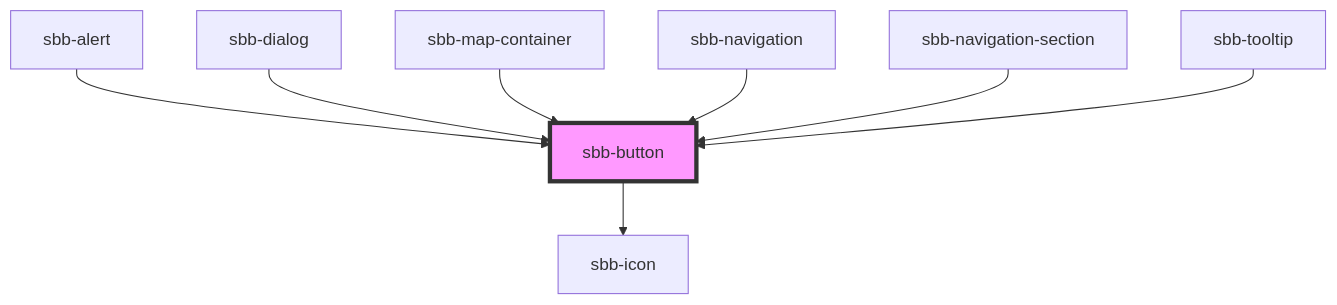
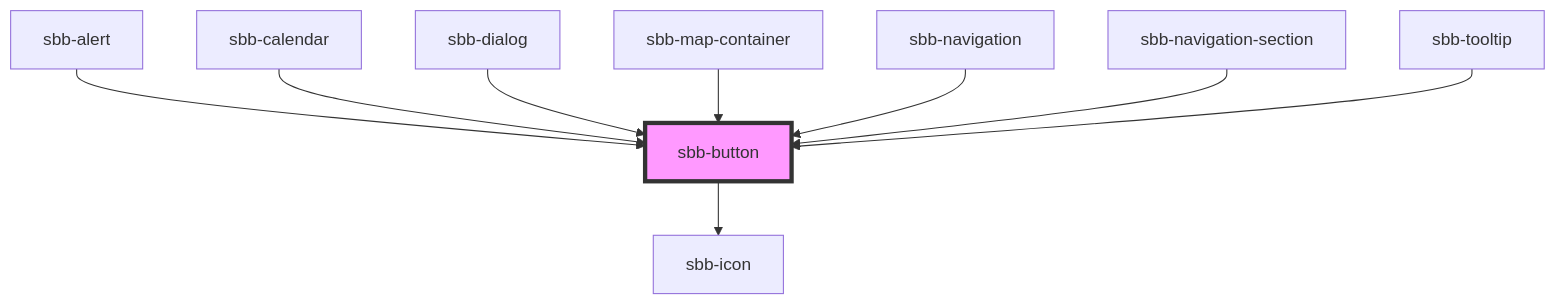
One commit to sbb-design-systems/lyne-components changed the diagram in src/components/sbb-button/readme.md. Above: the diagram before and after it, drawn with Mermaid. The commit also changed other lines of this file and 10 other files, not shown here.

````diff
--- a/src/components/sbb-button/readme.md
+++ b/src/components/sbb-button/readme.md
@@ -90,11 +91,12 @@
 ```mermaid
 graph TD;
   sbb-button --> sbb-icon
   sbb-alert --> sbb-button
+  sbb-calendar --> sbb-button
   sbb-dialog --> sbb-button
   sbb-map-container --> sbb-button
   sbb-navigation --> sbb-button
   sbb-navigation-section --> sbb-button
   sbb-tooltip --> sbb-button
   style sbb-button fill:#f9f,stroke:#333,stroke-width:4px
 ```
````
